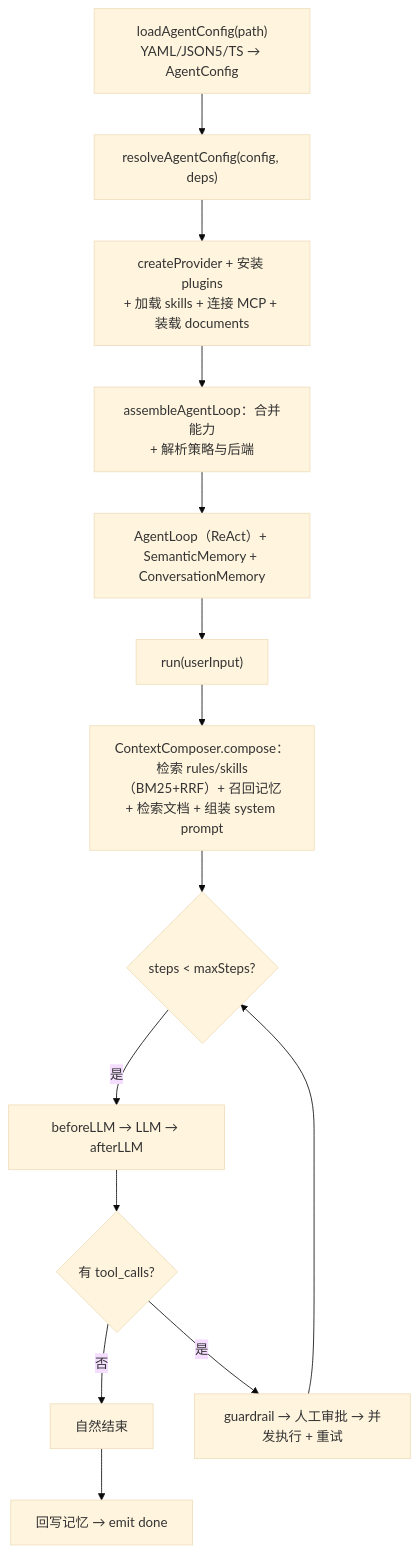
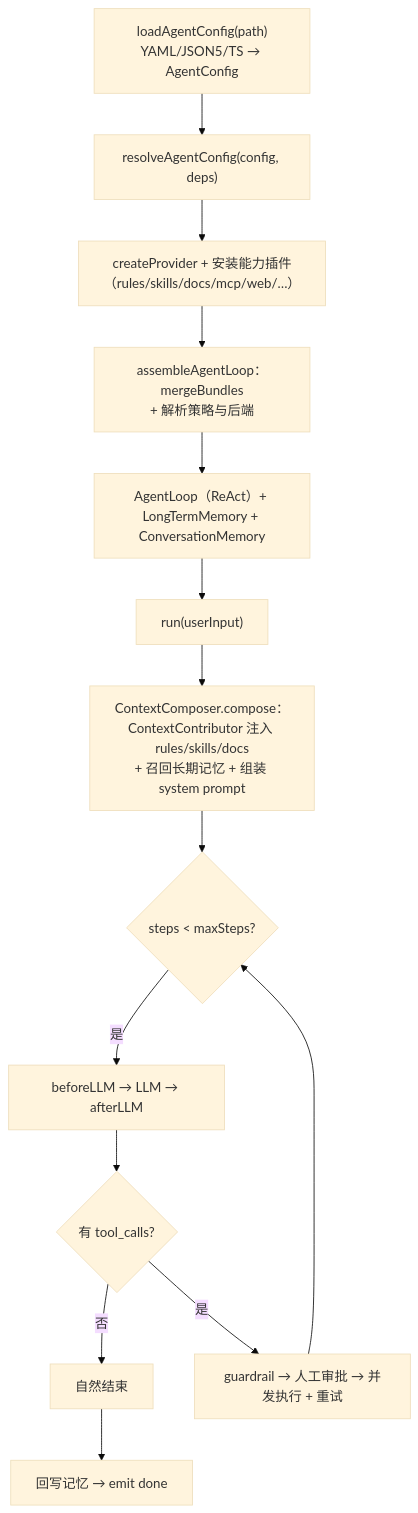
Before and after one commit to lhx-space/agent-engine: the diagram in README.zh-cn.md, drawn with Mermaid (base theme). The commit also changed other lines of this file and 2 other files, not shown here.

````diff
--- a/README.zh-cn.md
+++ b/README.zh-cn.md
@@ -206,17 +212,17 @@
 ```mermaid
 flowchart TD
     A["loadAgentConfig(path)<br/>YAML/JSON5/TS → AgentConfig"] --> B["resolveAgentConfig(config, deps)"]
-    B --> C["createProvider + 安装 plugins<br/>+ 加载 skills + 连接 MCP + 装载 documents"]
-    C --> D["assembleAgentLoop：合并能力<br/>+ 解析策略与后端"]
-    D --> E["AgentLoop（ReAct）+ SemanticMemory + ConversationMemory"]
+    B --> C["createProvider + 安装能力插件<br/>（rules/skills/docs/mcp/web/…）"]
+    C --> D["assembleAgentLoop：mergeBundles<br/>+ 解析策略与后端"]
+    D --> E["AgentLoop（ReAct）+ LongTermMemory + ConversationMemory"]
 
     E --> R["run(userInput)"]
-    R --> S["ContextComposer.compose：<br/>检索 rules/skills（BM25+RRF）+ 召回记忆<br/>+ 检索文档 + 组装 system prompt"]
+    R --> S["ContextComposer.compose：<br/>ContextContributor 注入 rules/skills/docs<br/>+ 召回长期记忆 + 组装 system prompt"]
     S --> V{"steps < maxSteps?"}
     V -- 是 --> W["beforeLLM → LLM → afterLLM"]
     W --> X{"有 tool_calls?"}
     X -- 否 --> Y["自然结束"]
     X -- 是 --> Z["guardrail → 人工审批 → 并发执行 + 重试"]
     Z --> V
     Y --> AB["回写记忆 → emit done"]
 ```
````
